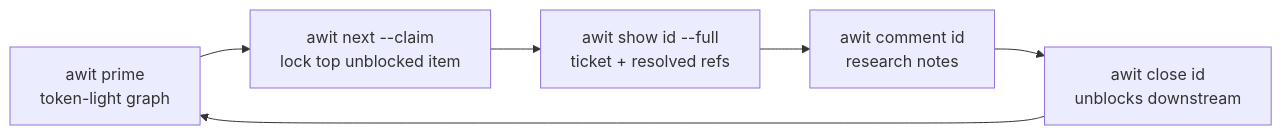
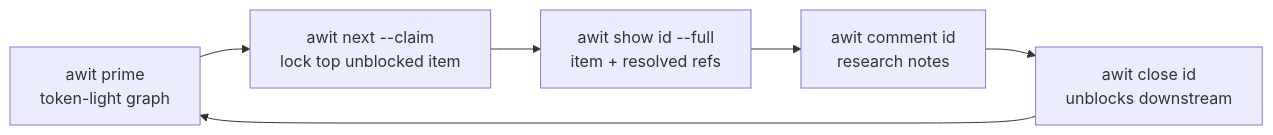
One commit to eisenwinter/awit changed the first of 2 diagrams in plan/awit-implementation-plan.md. Above: the diagram before and after it, drawn with Mermaid. The commit also changed other lines of this file and 1 other file, not shown here.

Commit message:
plan: rename ticket to work item in the guide and spec
Includes the three section headings - 6. Work item format, 7. How to
implement a work item, 9. Work item index - and the anchor link in the
header that pointed at the old §9 slug, which would otherwise have
broken silently.

The commit-message scope in §7 step 6 becomes "items: close <id>", since
§1 defines scope as the package or command area and that area is now
items.

Adds a Vocabulary paragraph to §6 recording the terminology and, per the
item, that closed items and .awit/comments/ deliberately keep the older
wording so the inconsistency reads as a decision rather than an
oversight.

````diff
--- a/plan/awit-implementation-plan.md
+++ b/plan/awit-implementation-plan.md
@@ -11,8 +11,8 @@
 ```mermaid
 flowchart LR
   A[awit prime<br/>token-light graph] --> B[awit next --claim<br/>lock top unblocked item]
-  B --> C[awit show id --full<br/>ticket + resolved refs]
+  B --> C[awit show id --full<br/>item + resolved refs]
   C --> D[awit comment id<br/>research notes]
   D --> E[awit close id<br/>unblocks downstream]
   E --> A
 ```
````
